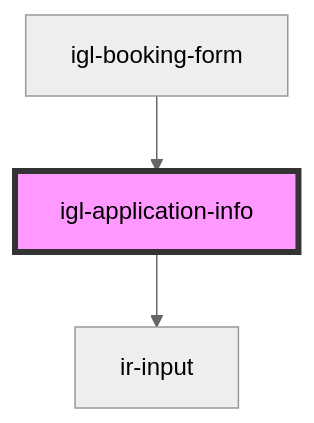
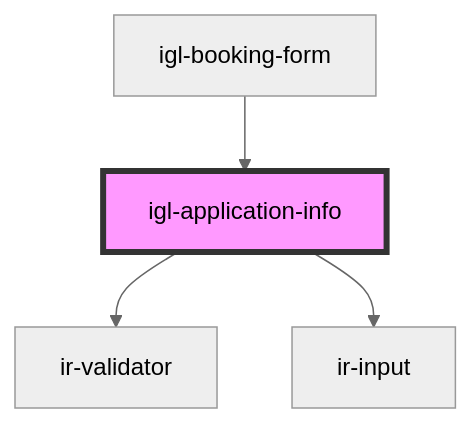
One commit to David1Chowaifaty/modified-ir-webcmp changed the diagram in src/components/igloo-calendar/igl-book-property/igl-booking-form/igl-application-info/readme.md. Above: the diagram before and after it, drawn with Mermaid (neutral theme). The commit also changed other lines of this file and 41 other files, not shown here.

````diff
--- a/src/components/igloo-calendar/igl-book-property/igl-booking-form/igl-application-info/readme.md
+++ b/src/components/igloo-calendar/igl-book-property/igl-booking-form/igl-application-info/readme.md
@@ -33,6 +34,7 @@
 ```mermaid
 graph TD;
+  igl-application-info --> ir-validator
   igl-application-info --> ir-input
   igl-booking-form --> igl-application-info
   style igl-application-info fill:#f9f,stroke:#333,stroke-width:4px
 ```
````
